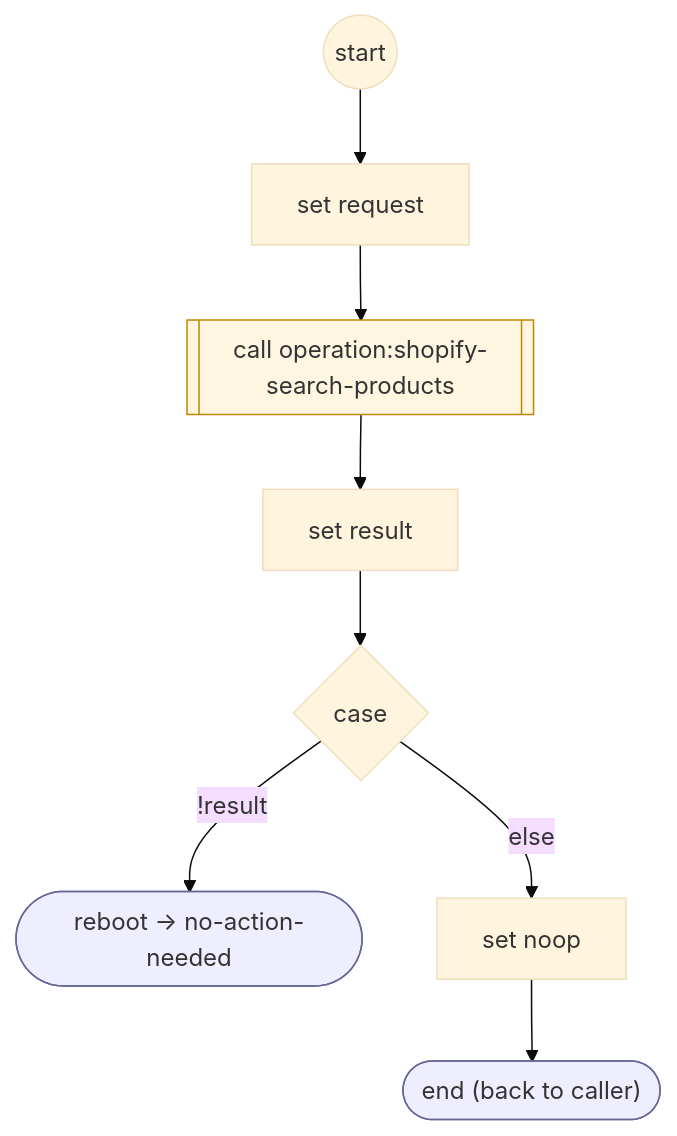
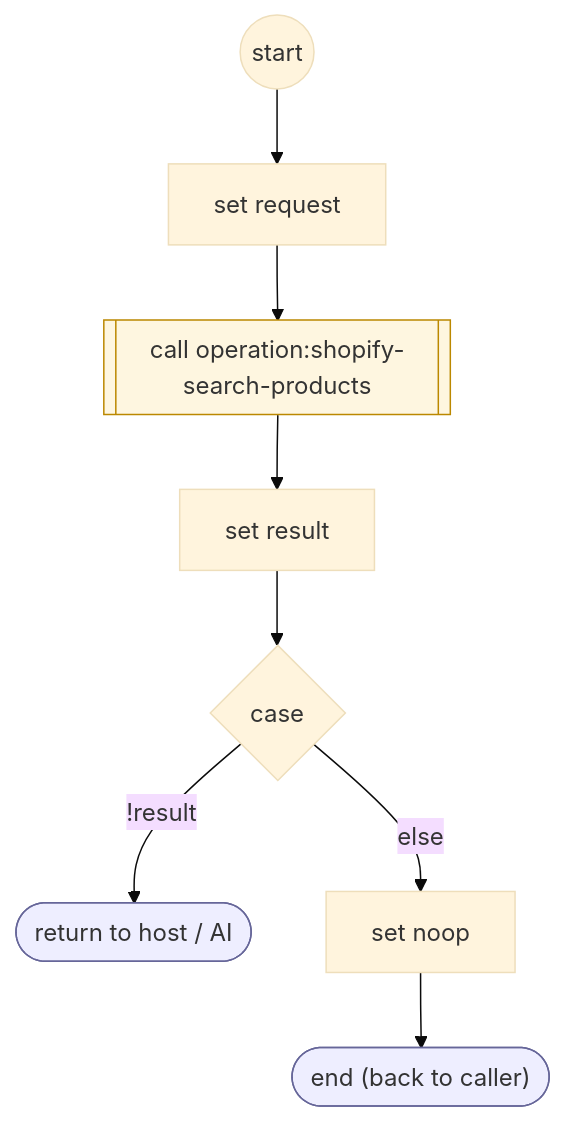
Before and after one commit to ronpinkas/jsfe: the diagram in docs/flows/shopify/shopify-ql-products-fetch.md, drawn with Mermaid (base theme). The commit also changed other lines of this file and 2 other files, not shown here.

Commit message:
jsfe flows: reference copy of the prod shared sets from AIDevelopment 09daaa1

````diff
--- a/docs/flows/shopify/shopify-ql-products-fetch.md
+++ b/docs/flows/shopify/shopify-ql-products-fetch.md
@@ -15,25 +15,25 @@
 ```mermaid
 flowchart TD
    START(("start"))
    n0["set request"]
    START --> n0
    n1[["call operation:shopify-search-products"]]
    class n1 flowstep
    n0 --> n1
    n2["set result"]
    n1 --> n2
    c3{"case"}
    n2 --> c3
-   b4(["reboot → no-action-needed"])
+   b4(["return to host / AI"])
    class b4 endstep
    c3 -- "!result" --> b4
    n5["set noop"]
    c3 -- "else" --> n5
    DONE(["end (back to caller)"])
    class DONE endstep
    n5 --> DONE
    classDef endstep fill:#eef,stroke:#669
    classDef toolstep fill:#efe,stroke:#696
    classDef flowstep fill:#fef6e0,stroke:#b80
    classDef inputstep fill:#f3eefc,stroke:#75a
 ```
````
